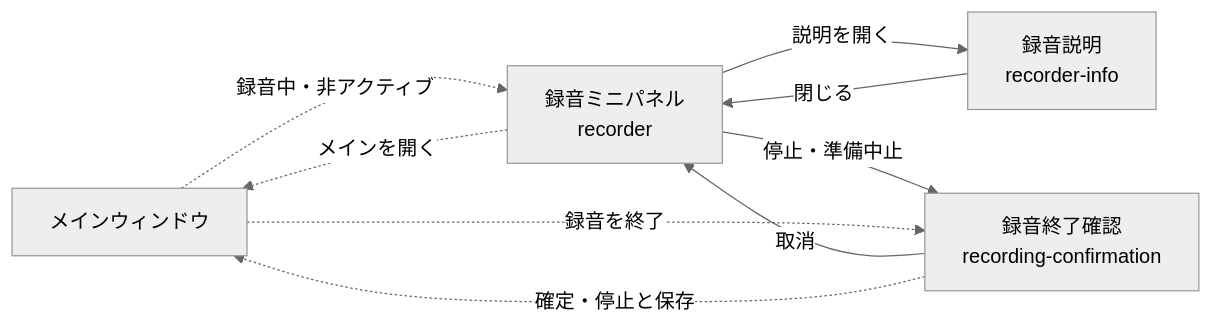
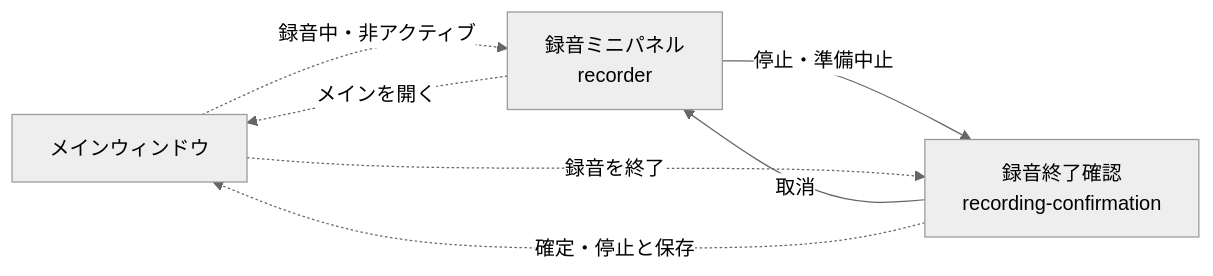
One commit to s-kodani/minuteson changed the fourth of 4 diagrams in docs/spec/screens.md. Above: the diagram before and after it, drawn with Mermaid (neutral theme). The commit also changed 409 other files, not shown here.

````diff
--- a/docs/spec/screens.md
+++ b/docs/spec/screens.md
@@ -105,11 +105,9 @@
 ```mermaid
 flowchart LR
     main["メインウィンドウ"] -.->|"録音中・非アクティブ"| panel["録音ミニパネル<br/>recorder"]
     panel -.->|"メインを開く"| main
-    panel -->|"説明を開く"| info["録音説明<br/>recorder-info"]
-    info -->|"閉じる"| panel
     panel -->|"停止・準備中止"| confirm["録音終了確認<br/>recording-confirmation"]
     main -.->|"録音を終了"| confirm
     confirm -->|"取消"| panel
     confirm -.->|"確定・停止と保存"| main
 ```
````
